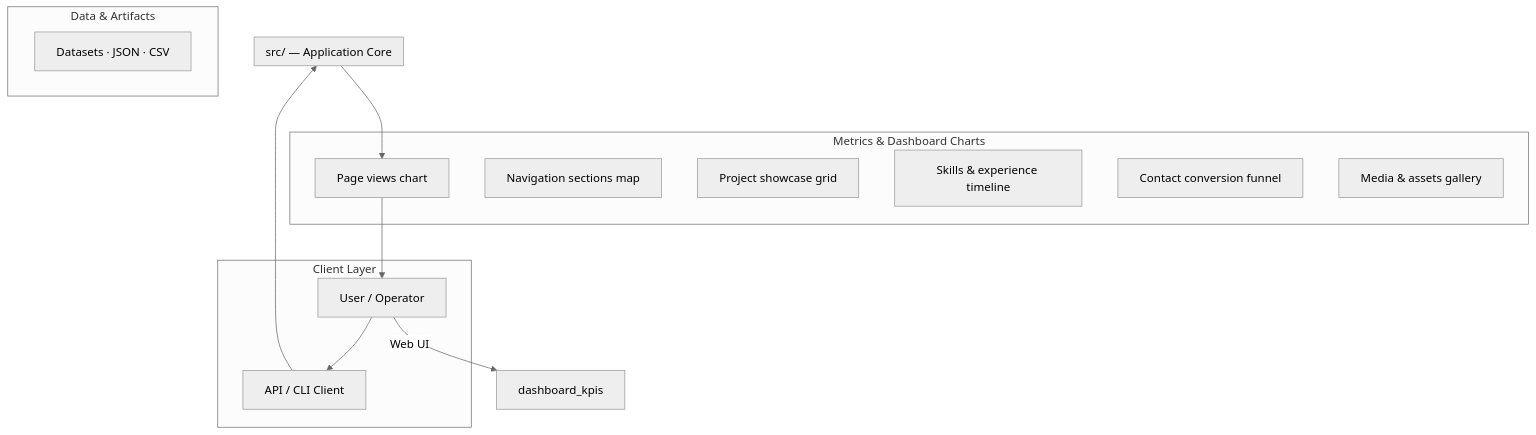
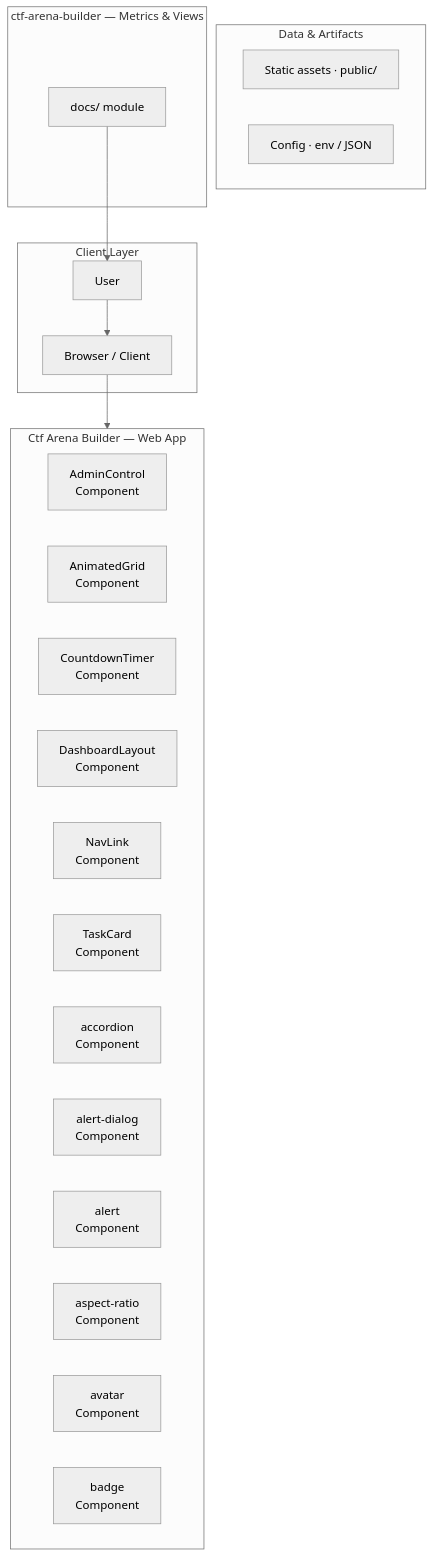
The first of 4 diagrams in README.md (Punyamittal/ctf-arena-builder), drawn with Mermaid (neutral theme) before and after one commit. The commit also changed other lines of this file, not shown here.

````diff
--- a/README.md
+++ b/README.md
@@ -154,29 +154,35 @@
 ```mermaid
 graph TB
     subgraph Client["Client Layer"]
-        user["User / Operator"]
-        api_client["API / CLI Client"]
+        user["User"]
+        browser["Browser / Client"]
     end
 
-    subgraph Core["src/ — Application Core"]
+    subgraph Core["Ctf Arena Builder — Web App"]
+        AdminControl["AdminControl<br/>Component"]
+        AnimatedGrid["AnimatedGrid<br/>Component"]
+        CountdownTimer["CountdownTimer<br/>Component"]
+        DashboardLayout["DashboardLayout<br/>Component"]
+        NavLink["NavLink<br/>Component"]
+        TaskCard["TaskCard<br/>Component"]
+        accordion["accordion<br/>Component"]
+        alert_dialog["alert-dialog<br/>Component"]
+        alert["alert<br/>Component"]
+        aspect_ratio["aspect-ratio<br/>Component"]
+        avatar["avatar<br/>Component"]
+        badge["badge<br/>Component"]
     end
 
     subgraph Data["Data & Artifacts"]
-        datasets["Datasets · JSON · CSV"]
+        assets["Static assets · public/"]
+        config["Config · env / JSON"]
     end
 
-    subgraph Charts["Metrics & Dashboard Charts"]
-        page_views["Page views chart"]
-        nav_sections["Navigation sections map"]
-        project_showcase["Project showcase grid"]
-        skills_timeline["Skills & experience timeline"]
-        contact_funnel["Contact conversion funnel"]
-        media_gallery["Media & assets gallery"]
+    subgraph Charts["ctf-arena-builder — Metrics & Views"]
+        docs["docs/ module"]
     end
 
-    user --> api_client
-    api_client --> Core
-    user -->|Web UI| dashboard_kpis
-    Core --> page_views
-    page_views --> user
+    user --> browser
+    browser --> Core
+    docs --> user
 ```
````
